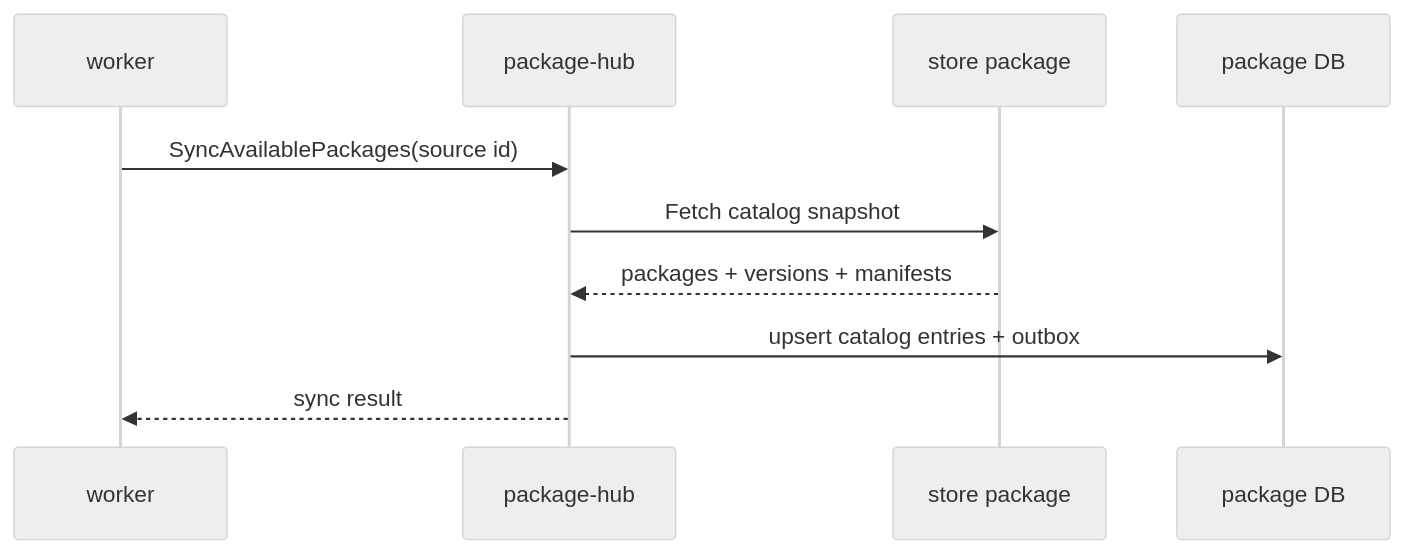
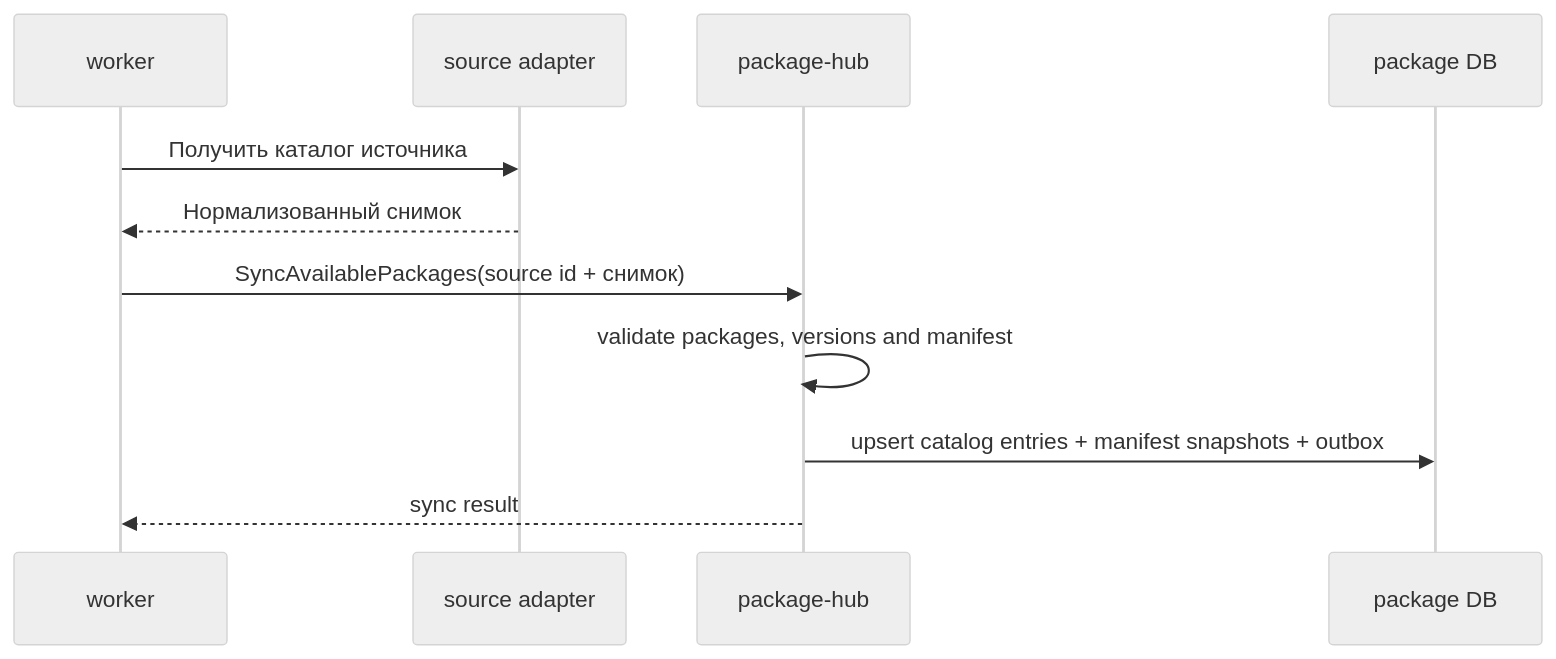
Before and after one commit to codex-k8s/kodex: the second of 4 diagrams in docs/domains/package-platform/architecture/design.md, drawn with Mermaid (neutral theme). The commit also changed other lines of this file and 29 other files, not shown here.

Commit message:
Implement package catalog sync

````diff
--- a/docs/domains/package-platform/architecture/design.md
+++ b/docs/domains/package-platform/architecture/design.md
@@ -89,12 +89,13 @@
 ```mermaid
 sequenceDiagram
   participant W as worker
+  participant A as source adapter
   participant P as package-hub
-  participant S as store package
   participant DB as package DB
-  W->>P: SyncAvailablePackages(source id)
-  P->>S: Fetch catalog snapshot
-  S-->>P: packages + versions + manifests
-  P->>DB: upsert catalog entries + outbox
+  W->>A: Получить каталог источника
+  A-->>W: Нормализованный снимок
+  W->>P: SyncAvailablePackages(source id + снимок)
+  P->>P: validate packages, versions and manifest
+  P->>DB: upsert catalog entries + manifest snapshots + outbox
   P-->>W: sync result
 ```
````
